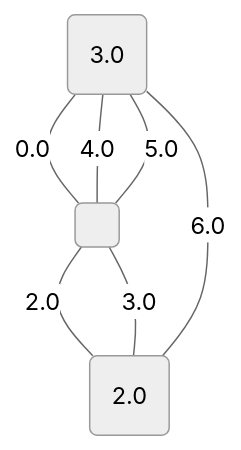
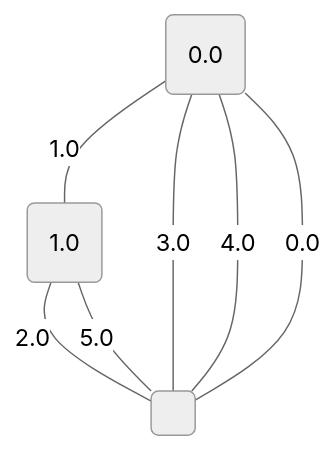
Before and after one commit to metury/graphs: the third of 5 diagrams in project/src/testing/minCut.md, drawn with Mermaid (neutral theme). The commit also changed other lines of this file and 2 other files, not shown here.

````diff
--- a/project/src/testing/minCut.md
+++ b/project/src/testing/minCut.md
@@ -49,12 +49,12 @@
 ```mermaid
 graph TD;
-0("2.0");
-1("3.0");
+0("0.0");
+1("1.0");
 2(" ");
-	1 -- "0.0" --- 2;
-	2 -- "2.0" --- 0;
-	2 -- "3.0" --- 0;
-	2 -- "4.0" --- 1;
-	2 -- "5.0" --- 1;
-	1 -- "6.0" --- 0;
+	2 -- "0.0" --- 0;
+	0 -- "1.0" --- 1;
+	1 -- "2.0" --- 2;
+	0 -- "3.0" --- 2;
+	0 -- "4.0" --- 2;
+	1 -- "5.0" --- 2;
 ```
````
